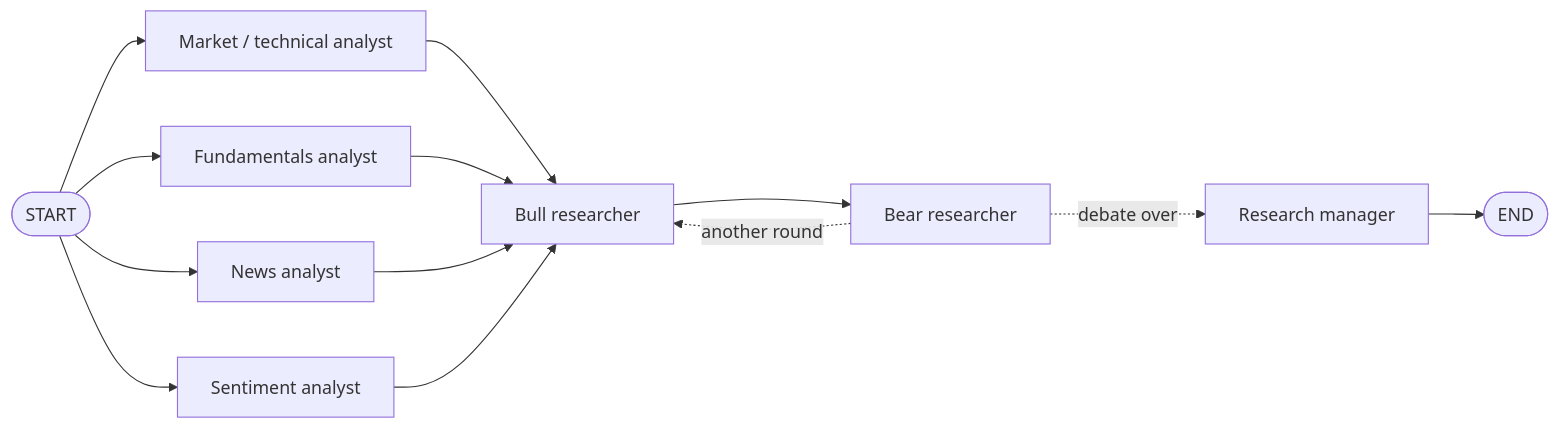
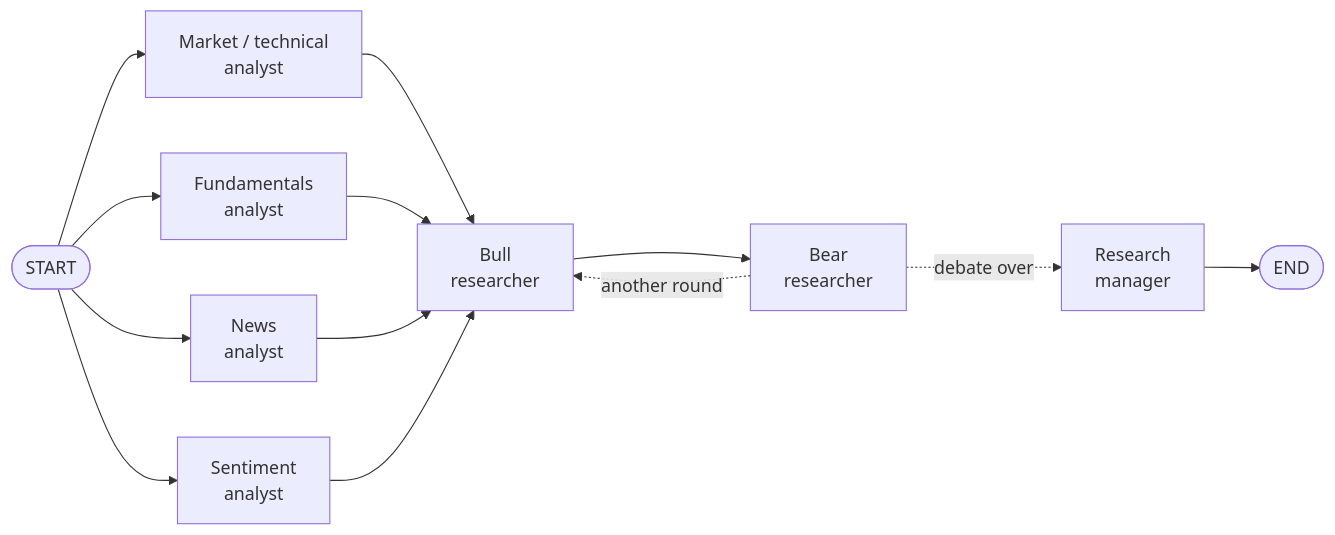
Before and after one commit to Nomunbileg1/multi-agent-equity-research: the diagram in README.md, drawn with Mermaid. The commit also changed other lines of this file and 9 other files, not shown here.

````diff
--- a/README.md
+++ b/README.md
@@ -14,15 +25,15 @@
 ```mermaid
 flowchart LR
-    START([START]) --> M[Market / technical analyst]
-    START --> F[Fundamentals analyst]
-    START --> N[News analyst]
-    START --> S[Sentiment analyst]
-    M --> BULL[Bull researcher]
+    START([START]) --> M[Market / technical<br/>analyst]
+    START --> F[Fundamentals<br/>analyst]
+    START --> N[News<br/>analyst]
+    START --> S[Sentiment<br/>analyst]
+    M --> BULL[Bull<br/>researcher]
     F --> BULL
     N --> BULL
     S --> BULL
-    BULL --> BEAR[Bear researcher]
+    BULL --> BEAR[Bear<br/>researcher]
     BEAR -. "another round" .-> BULL
-    BEAR -. "debate over" .-> MGR[Research manager]
+    BEAR -. "debate over" .-> MGR[Research<br/>manager]
     MGR --> END([END])
 ```
````
